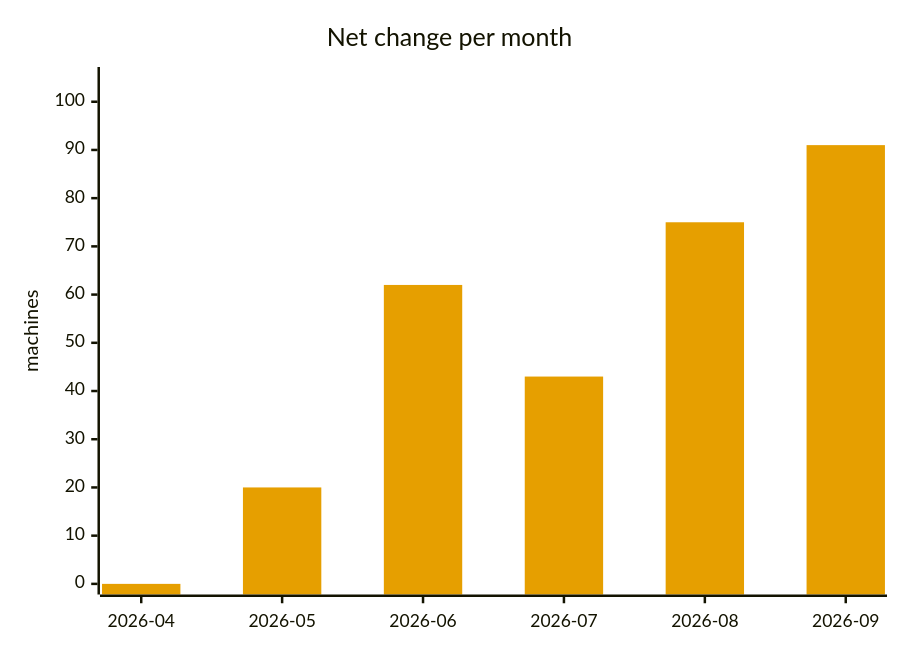
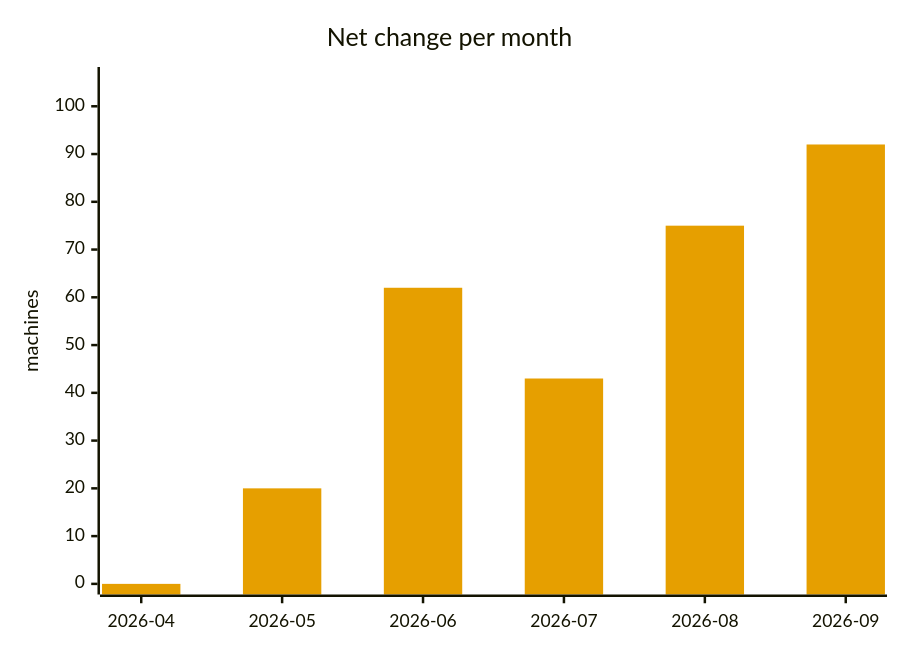
One commit to cheeaun/returnright-data changed the fifth of 5 diagrams in ANALYSIS.md. Above: the diagram before and after it, drawn with Mermaid. The commit also changed other lines of this file and 4 other files, not shown here.

````diff
--- a/ANALYSIS.md
+++ b/ANALYSIS.md
@@ -263,13 +265,13 @@
 ```mermaid
 ---
 config:
   themeVariables:
     xyChart:
       plotColorPalette: "#E69F00"
 ---
 xychart-beta
     title "Net change per month"
     x-axis ["2026-04", "2026-05", "2026-06", "2026-07", "2026-08", "2026-09"]
-    y-axis "machines" 0 --> 105
-    bar [0, 20, 62, 43, 75, 91]
+    y-axis "machines" 0 --> 106
+    bar [0, 20, 62, 43, 75, 92]
 ```
````
